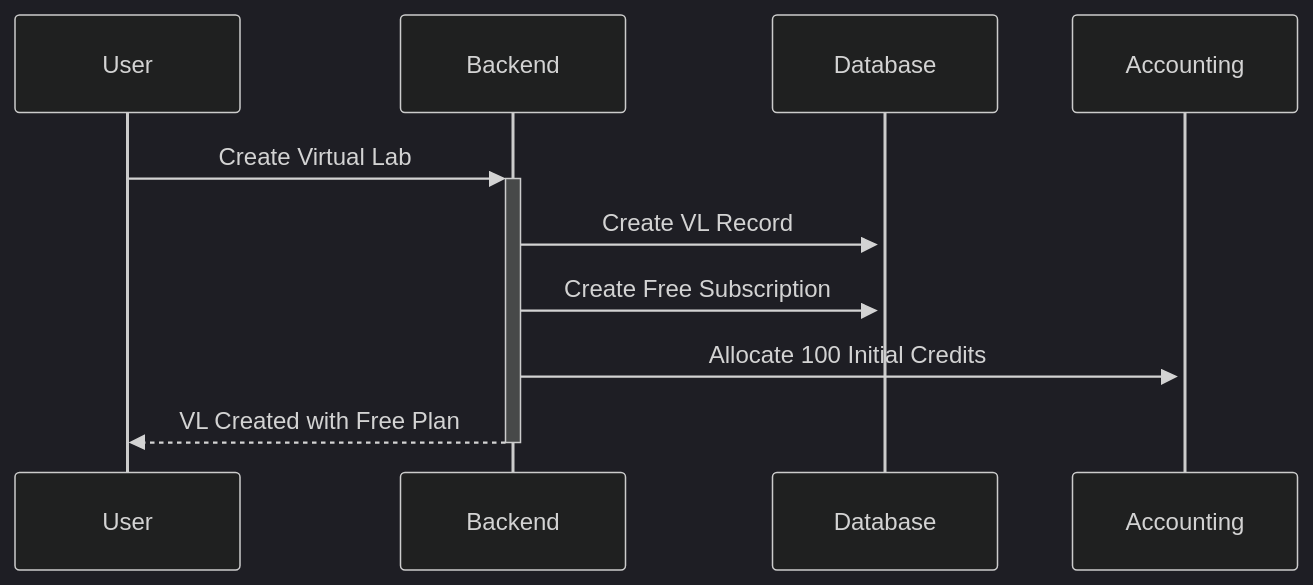
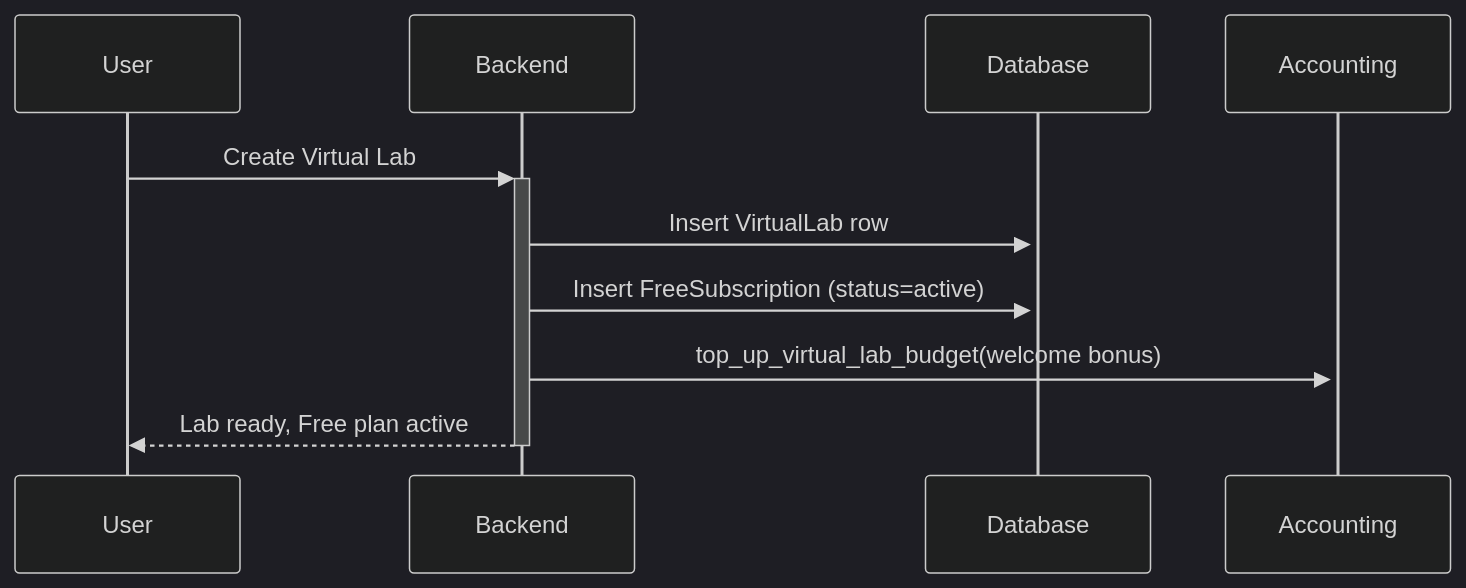
Before and after one commit to openbraininstitute/virtual-lab-api: the fourth of 8 diagrams in SUBSCRIPTION.md, drawn with Mermaid (dark theme). The commit also changed other lines of this file and 1 other file, not shown here.

Commit message:
chore: update readme and subscription documentation

````diff
--- a/SUBSCRIPTION.md
+++ b/SUBSCRIPTION.md
@@ -81,8 +277,8 @@
 ```mermaid
 sequenceDiagram
     User->>+Backend: Create Virtual Lab
-    Backend->>+Database: Create VL Record
-    Backend->>+Database: Create Free Subscription
-    Backend->>+Accounting: Allocate 100 Initial Credits
-    Backend-->>-User: VL Created with Free Plan
+    Backend->>+Database: Insert VirtualLab row
+    Backend->>+Database: Insert FreeSubscription (status=active)
+    Backend->>+Accounting: top_up_virtual_lab_budget(welcome bonus)
+    Backend-->>-User: Lab ready, Free plan active
 ```
````
